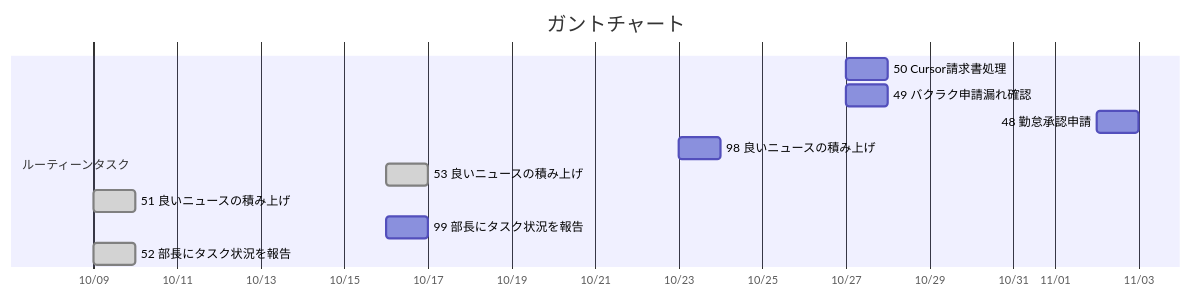
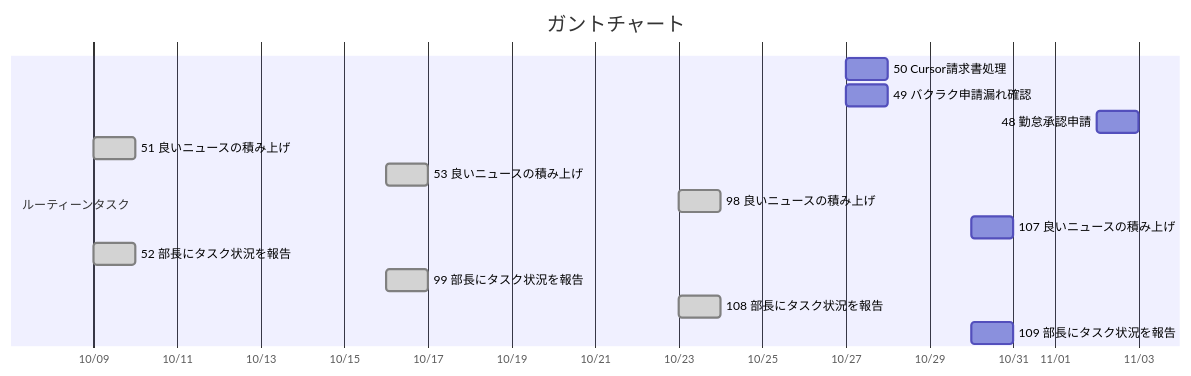
Before and after one commit to FLNYoshidaRyuta/task_management: the diagram in tasks/ガントチャート.md, drawn with Mermaid. The commit also changed 7 other files, not shown here.

````diff
--- a/tasks/ガントチャート.md
+++ b/tasks/ガントチャート.md
@@ -3,16 +3,19 @@
 ```mermaid
 %%{init: {'themeCSS': 'rect[id*=rel] { fill: #c2410c !important; stroke: #9a3412 !important; }'}}%%
 gantt
     title ガントチャート
     dateFormat YYYY-MM-DD
     axisFormat %m/%d
     section ルーティーンタスク
     50 Cursor請求書処理 :t1, 2026-10-27, 1d
     49 バクラク申請漏れ確認 :t2, 2026-10-27, 1d
     48 勤怠承認申請 :t3, 2026-11-02, 1d
-    98 良いニュースの積み上げ :t4, 2026-10-23, 1d
+    51 良いニュースの積み上げ :done, t4, 2026-10-09, 1d
     53 良いニュースの積み上げ :done, t5, 2026-10-16, 1d
-    51 良いニュースの積み上げ :done, t6, 2026-10-09, 1d
-    99 部長にタスク状況を報告 :t7, 2026-10-16, 1d
+    98 良いニュースの積み上げ :done, t6, 2026-10-23, 1d
+    107 良いニュースの積み上げ :t7, 2026-10-30, 1d
     52 部長にタスク状況を報告 :done, t8, 2026-10-09, 1d
+    99 部長にタスク状況を報告 :done, t9, 2026-10-16, 1d
+    108 部長にタスク状況を報告 :done, t10, 2026-10-23, 1d
+    109 部長にタスク状況を報告 :t11, 2026-10-30, 1d
 ```
````
